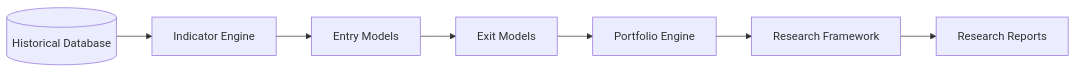
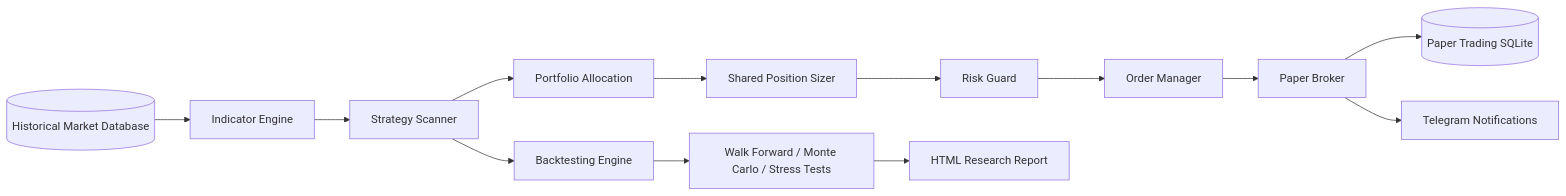
Before and after one commit to dothanhbo/quant-stock: the diagram in README.md, drawn with Mermaid. The commit also changed other lines of this file, not shown here.

````diff
--- a/README.md
+++ b/README.md
@@ -156,17 +196,17 @@
 ```mermaid
 flowchart LR
+    A[(Historical Market Database)]
+    A --> B[Indicator Engine]
+    B --> C[Strategy Scanner]
+    C --> D[Portfolio Allocation]
+    D --> E[Shared Position Sizer]
+    E --> F[Risk Guard]
+    F --> G[Order Manager]
+    G --> H[Paper Broker]
+    H --> I[(Paper Trading SQLite)]
+    H --> J[Telegram Notifications]
 
-A[(Historical Database)]
-
-A --> B[Indicator Engine]
-
-B --> C[Entry Models]
-
-C --> D[Exit Models]
-
-D --> E[Portfolio Engine]
-
-E --> F[Research Framework]
-
-F --> G[Research Reports]
+    C --> K[Backtesting Engine]
+    K --> L[Walk Forward / Monte Carlo / Stress Tests]
+    L --> M[HTML Research Report]
 ```
````
